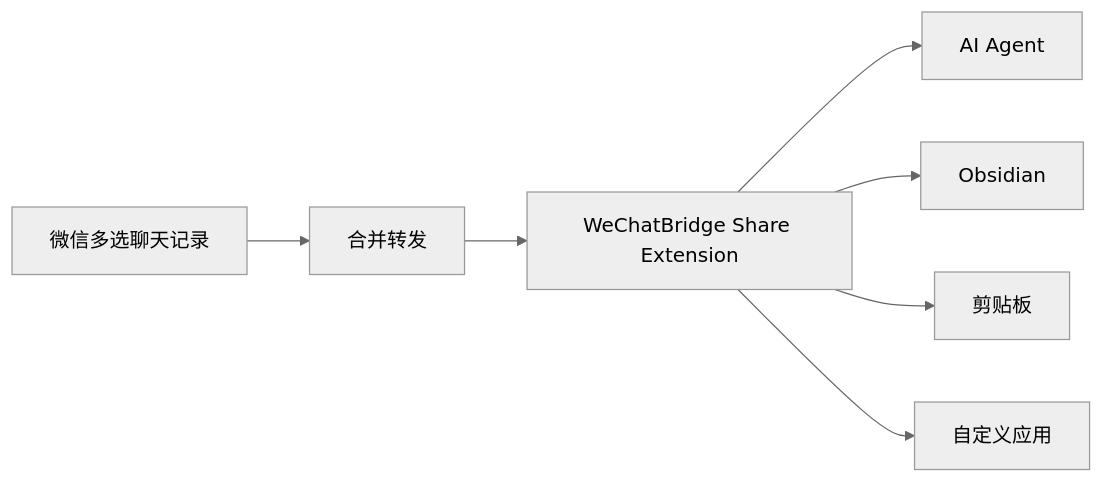
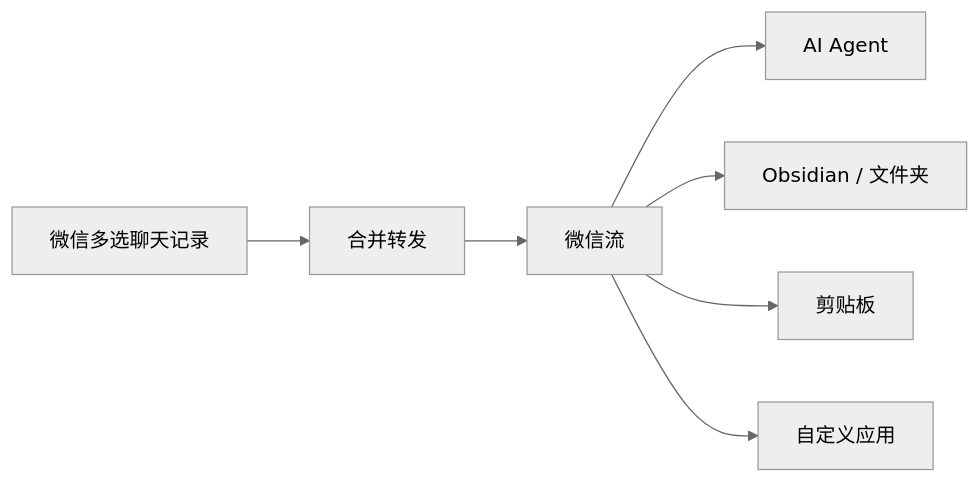
Before and after one commit to zqf20096327/ai_collect: the diagram in data/readmes/freestylefly__WeChatBridge.md, drawn with Mermaid (neutral theme). The commit also changed other lines of this file and 1876 other files, not shown here.

````diff
--- a/data/readmes/freestylefly__WeChatBridge.md
+++ b/data/readmes/freestylefly__WeChatBridge.md
@@ -28,9 +102,9 @@
 ```mermaid
 flowchart LR
     A[微信多选聊天记录] --> B[合并转发]
-    B --> C[WeChatBridge Share Extension]
+    B --> C[微信流]
     C --> D[AI Agent]
-    C --> E[Obsidian]
+    C --> E[Obsidian / 文件夹]
     C --> F[剪贴板]
     C --> G[自定义应用]
 ```
````
